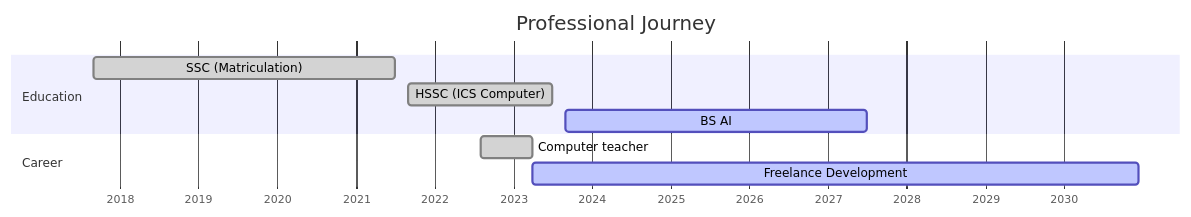
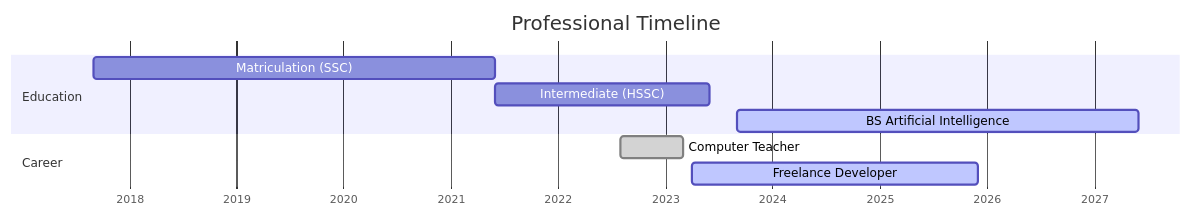
The diagram in README.md (ihsansaif313/Ihsan-Saif-Portfolio), drawn with Mermaid before and after one commit. The commit also changed other lines of this file, not shown here.

````diff
--- a/README.md
+++ b/README.md
@@ -41,16 +41,15 @@
 ```mermaid
 gantt
-    title Professional Journey
-    dateFormat  YYYY-MM-DD
+    title Professional Timeline
+    dateFormat  YYYY-MM
     axisFormat %Y
     
     section Education
-    SSC (Matriculation) : done, edu1, 2017-09-01, 2021-06-30
-    HSSC (ICS Computer) : done, edu2, 2021-09-01, 2023-06-30
-    BS AI : active, edu3, 2023-09-01, 2027-06-30
+    Matriculation (SSC) :a1, 2017-09, 2021-06
+    Intermediate (HSSC) :a2, after a1, 2023-06
+    BS Artificial Intelligence :active, a3, 2023-09, 2027-06
     
     section Career
-    Computer teacher : done, 2022-08-01, 2023-03-31
-    Freelance Development : active, 2023-04-01, 2030-12-12
-    
+    Computer Teacher :done, 2022-08, 2023-03
+    Freelance Developer :active, 2023-04, 2025-12
 ```
````
